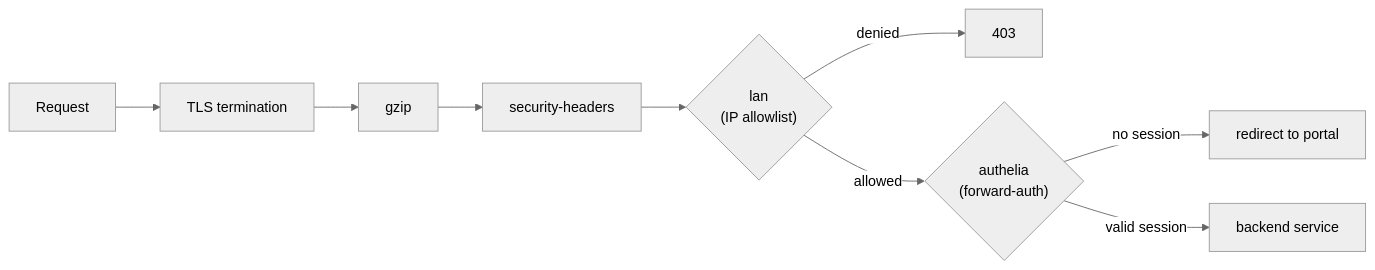
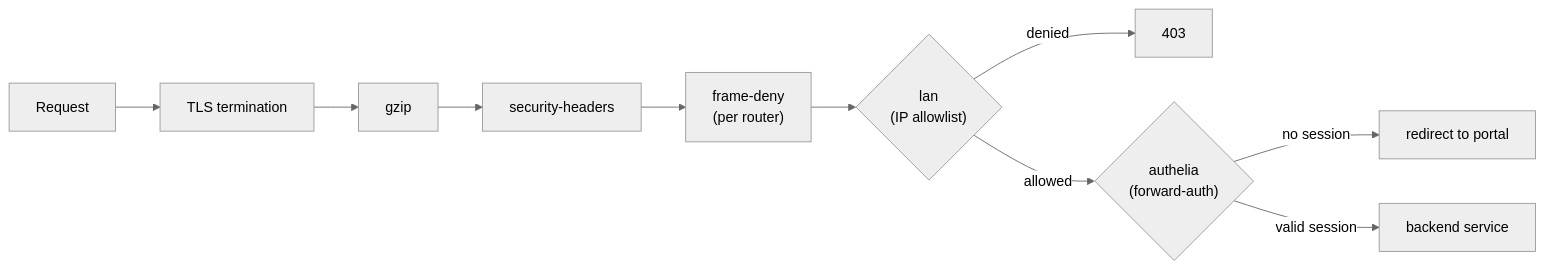
One commit to florianajir/pi-web changed the second of 2 diagrams in docs/SECURITY.md. Above: the diagram before and after it, drawn with Mermaid (neutral theme). The commit also changed other lines of this file and 3 other files, not shown here.

````diff
--- a/docs/SECURITY.md
+++ b/docs/SECURITY.md
@@ -109,11 +109,12 @@
 ```mermaid
 flowchart LR
     R[Request] --> TLS["TLS termination"]
     TLS --> Compress["gzip"]
     Compress --> Headers["security-headers"]
-    Headers --> LAN{"lan\n(IP allowlist)"}
+    Headers --> Frame["frame-deny\n(per router)"]
+    Frame --> LAN{"lan\n(IP allowlist)"}
     LAN -->|denied| Block[403]
     LAN -->|allowed| Auth{"authelia\n(forward-auth)"}
     Auth -->|no session| Login["redirect to portal"]
     Auth -->|valid session| Backend["backend service"]
 ```
````
